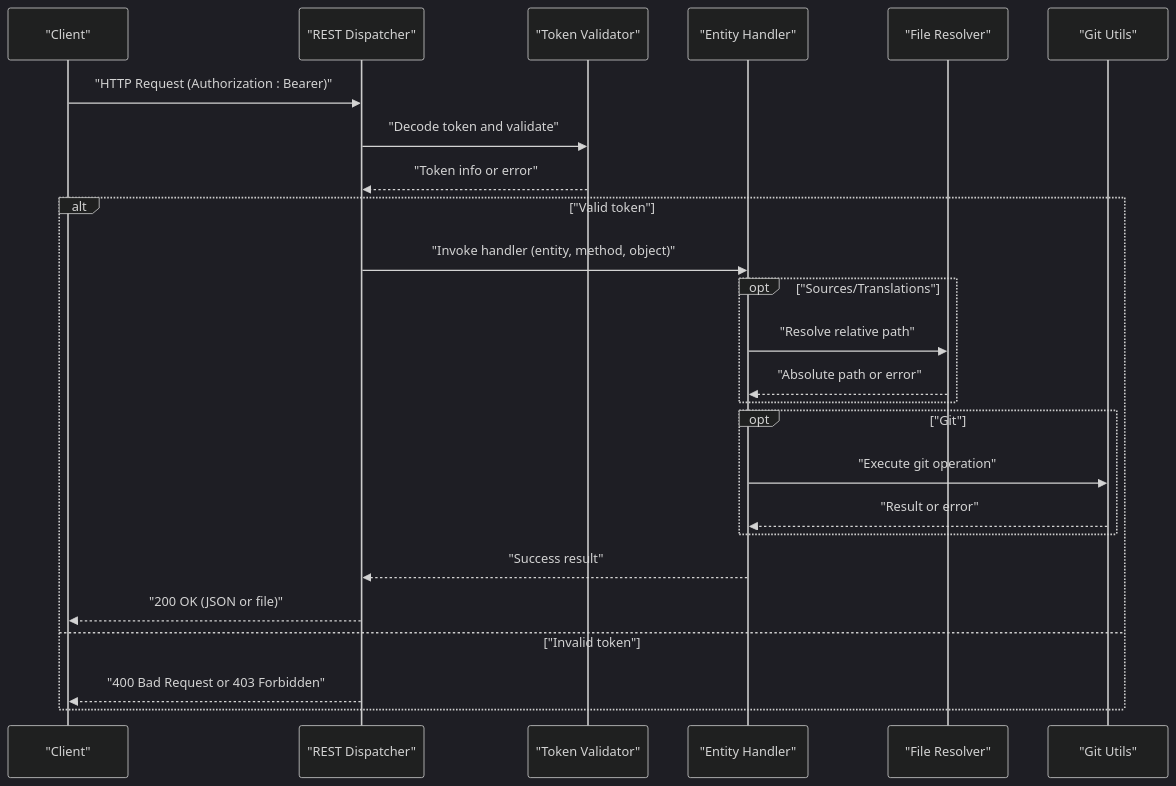
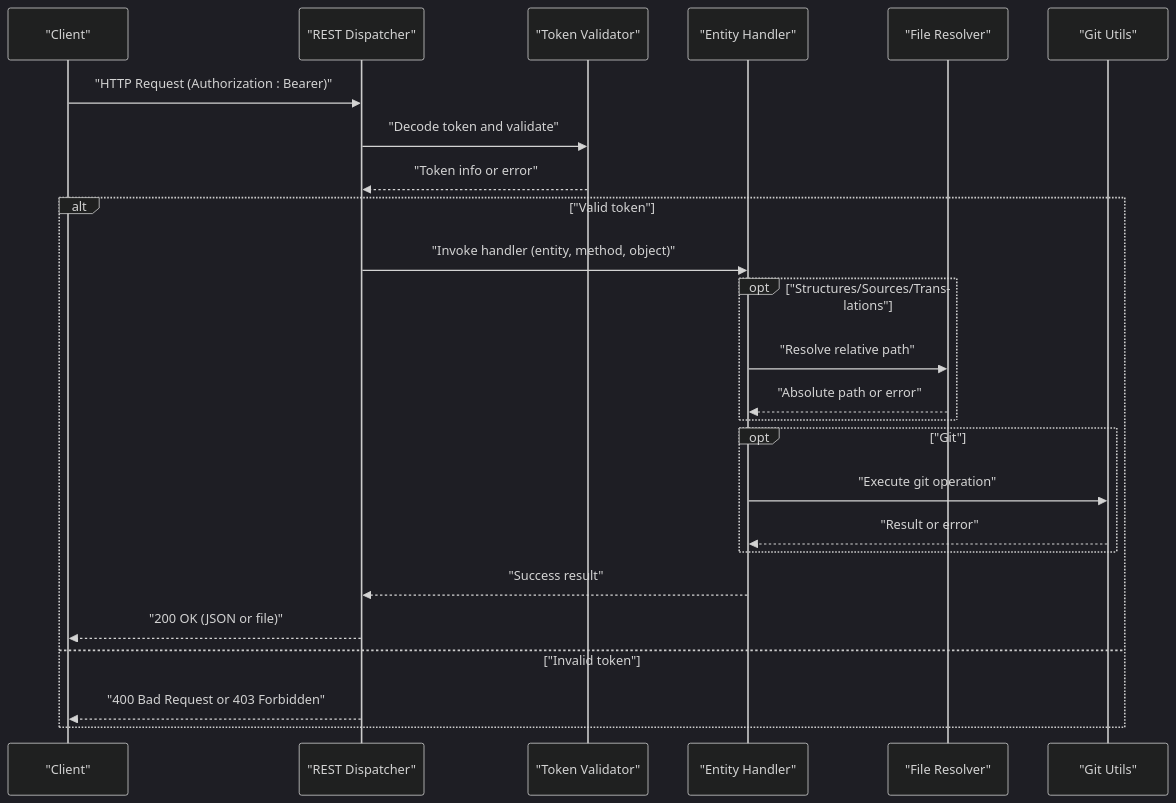
The second of 8 diagrams in .qoder/repowiki/en/content/API Reference/API Reference.md (time-link/timelink-kleio), drawn with Mermaid (dark theme) before and after one commit. The commit also changed other lines of this file and 189 other files, not shown here.

````diff
--- a/.qoder/repowiki/en/content/API Reference/API Reference.md
+++ b/.qoder/repowiki/en/content/API Reference/API Reference.md
@@ -103,27 +117,27 @@
 ```mermaid
 sequenceDiagram
 participant C as "Client"
 participant D as "REST Dispatcher"
 participant T as "Token Validator"
 participant H as "Entity Handler"
 participant F as "File Resolver"
 participant G as "Git Utils"
 C->>D : "HTTP Request (Authorization : Bearer)"
 D->>T : "Decode token and validate"
 T-->>D : "Token info or error"
 alt "Valid token"
 D->>H : "Invoke handler (entity, method, object)"
-opt "Sources/Translations"
+opt "Structures/Sources/Translations"
 H->>F : "Resolve relative path"
 F-->>H : "Absolute path or error"
 end
 opt "Git"
 H->>G : "Execute git operation"
 G-->>H : "Result or error"
 end
 H-->>D : "Success result"
 D-->>C : "200 OK (JSON or file)"
 else "Invalid token"
 D-->>C : "400 Bad Request or 403 Forbidden"
 end
 ```
````
